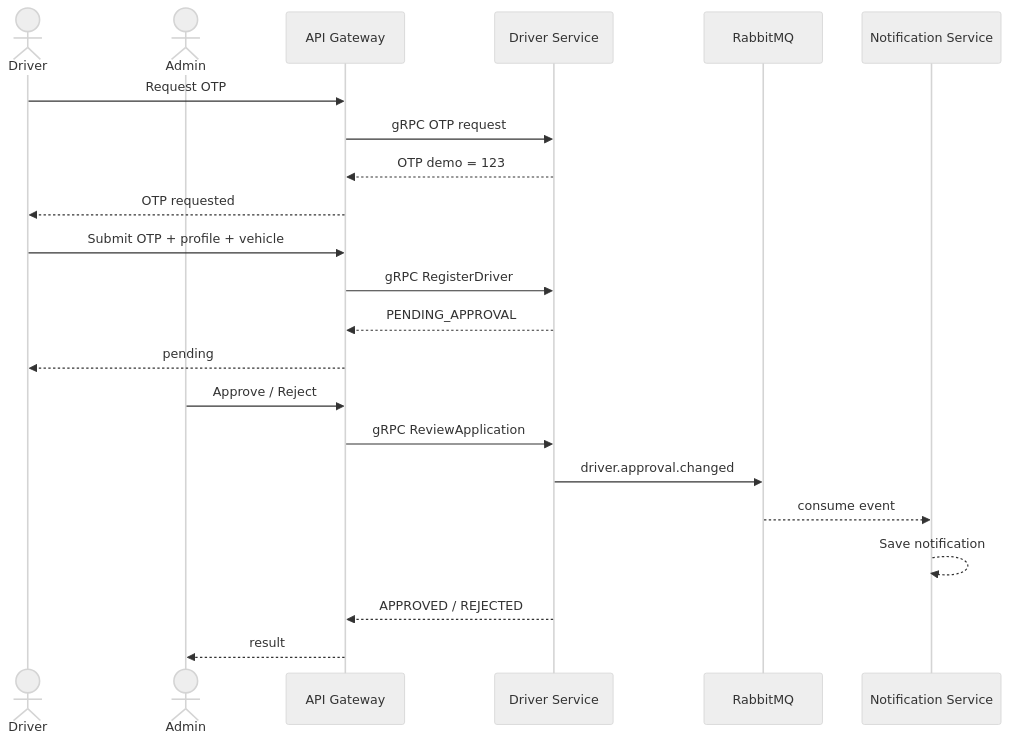
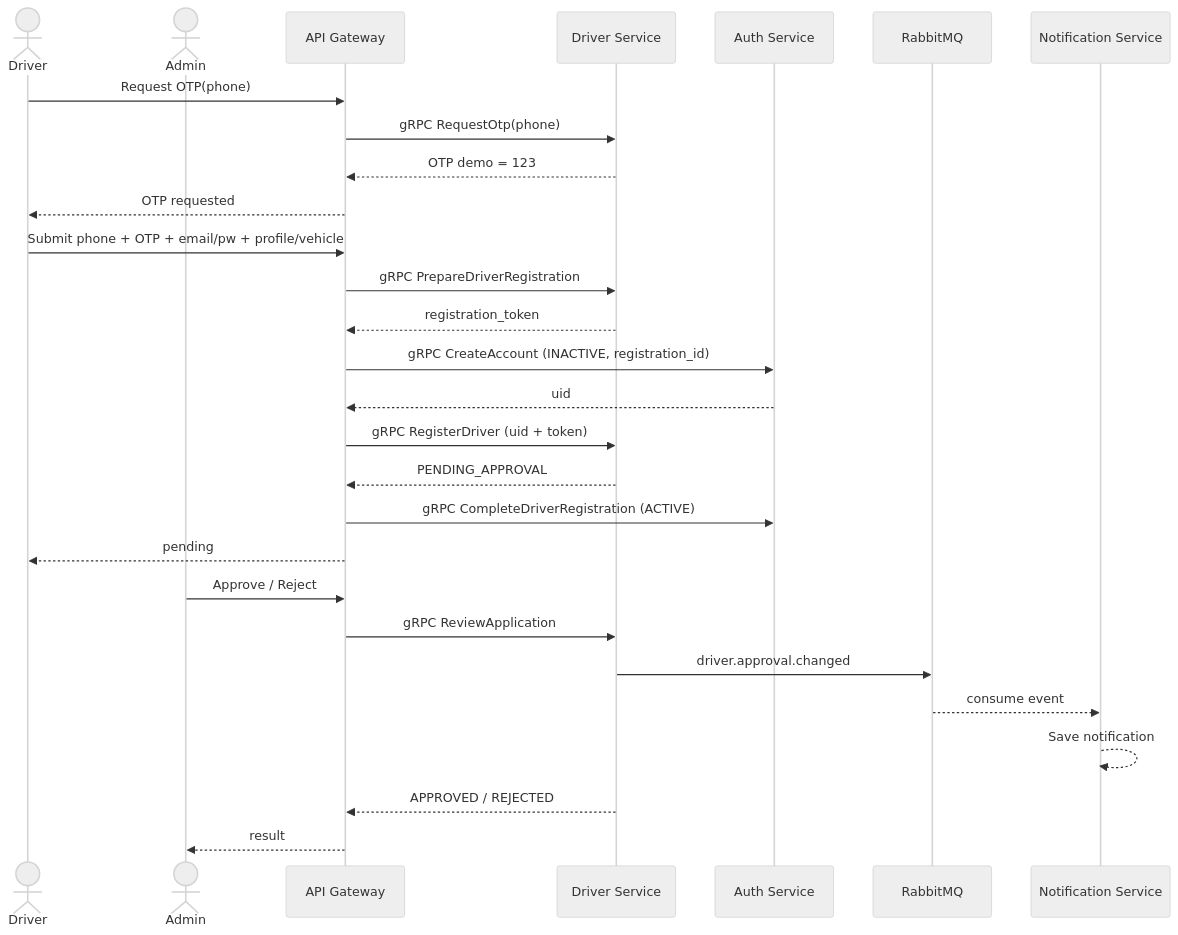
Before and after one commit to kanztran2605/23646731_TranQuocKhang_Cabsystem: the seventh of 21 diagrams in docs/requirements/SRS.md, drawn with Mermaid (neutral theme). The commit also changed other lines of this file and 80 other files, not shown here.

````diff
--- a/docs/requirements/SRS.md
+++ b/docs/requirements/SRS.md
@@ -511,27 +518,33 @@
 ```mermaid
 sequenceDiagram
     actor D as Driver
     actor A as Admin
     participant G as API Gateway
     participant DS as Driver Service
+    participant AU as Auth Service
     participant MQ as RabbitMQ
     participant NS as Notification Service
 
-    D->>G: Request OTP
-    G->>DS: gRPC OTP request
+    D->>G: Request OTP(phone)
+    G->>DS: gRPC RequestOtp(phone)
     DS-->>G: OTP demo = 123
     G-->>D: OTP requested
 
-    D->>G: Submit OTP + profile + vehicle
-    G->>DS: gRPC RegisterDriver
+    D->>G: Submit phone + OTP + email/pw + profile/vehicle
+    G->>DS: gRPC PrepareDriverRegistration
+    DS-->>G: registration_token
+    G->>AU: gRPC CreateAccount (INACTIVE, registration_id)
+    AU-->>G: uid
+    G->>DS: gRPC RegisterDriver (uid + token)
     DS-->>G: PENDING_APPROVAL
+    G->>AU: gRPC CompleteDriverRegistration (ACTIVE)
     G-->>D: pending
 
     A->>G: Approve / Reject
     G->>DS: gRPC ReviewApplication
     DS->>MQ: driver.approval.changed
     MQ-->>NS: consume event
     NS-->>NS: Save notification
     DS-->>G: APPROVED / REJECTED
     G-->>A: result
 ```
````
